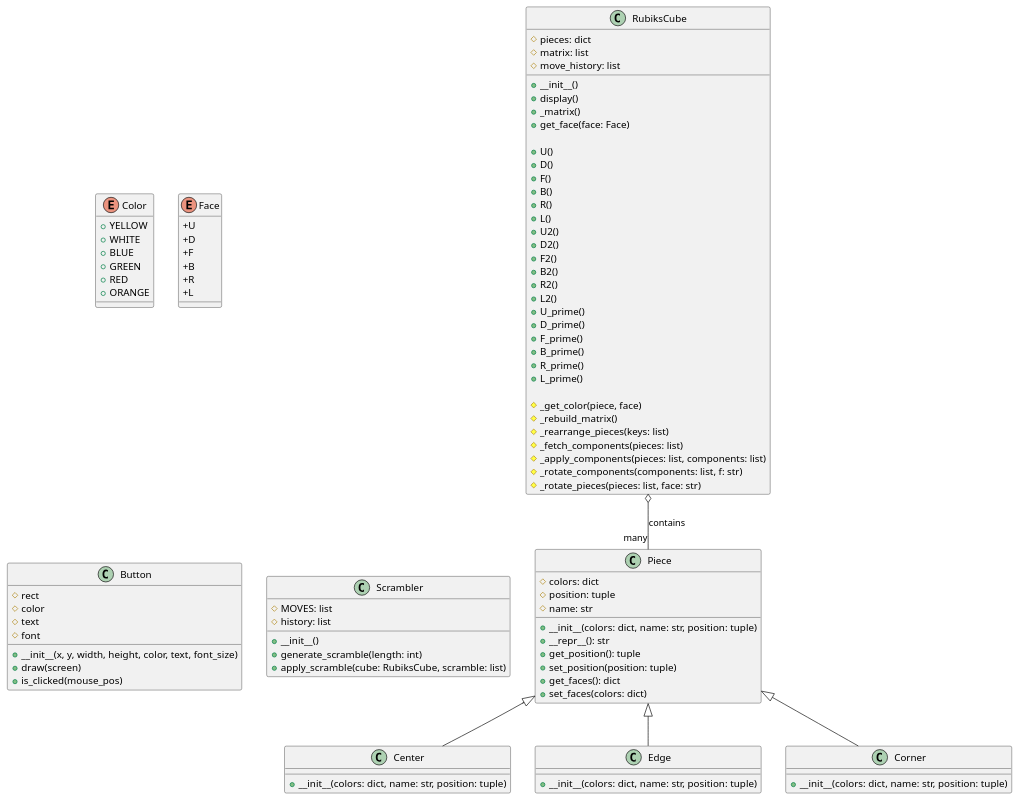
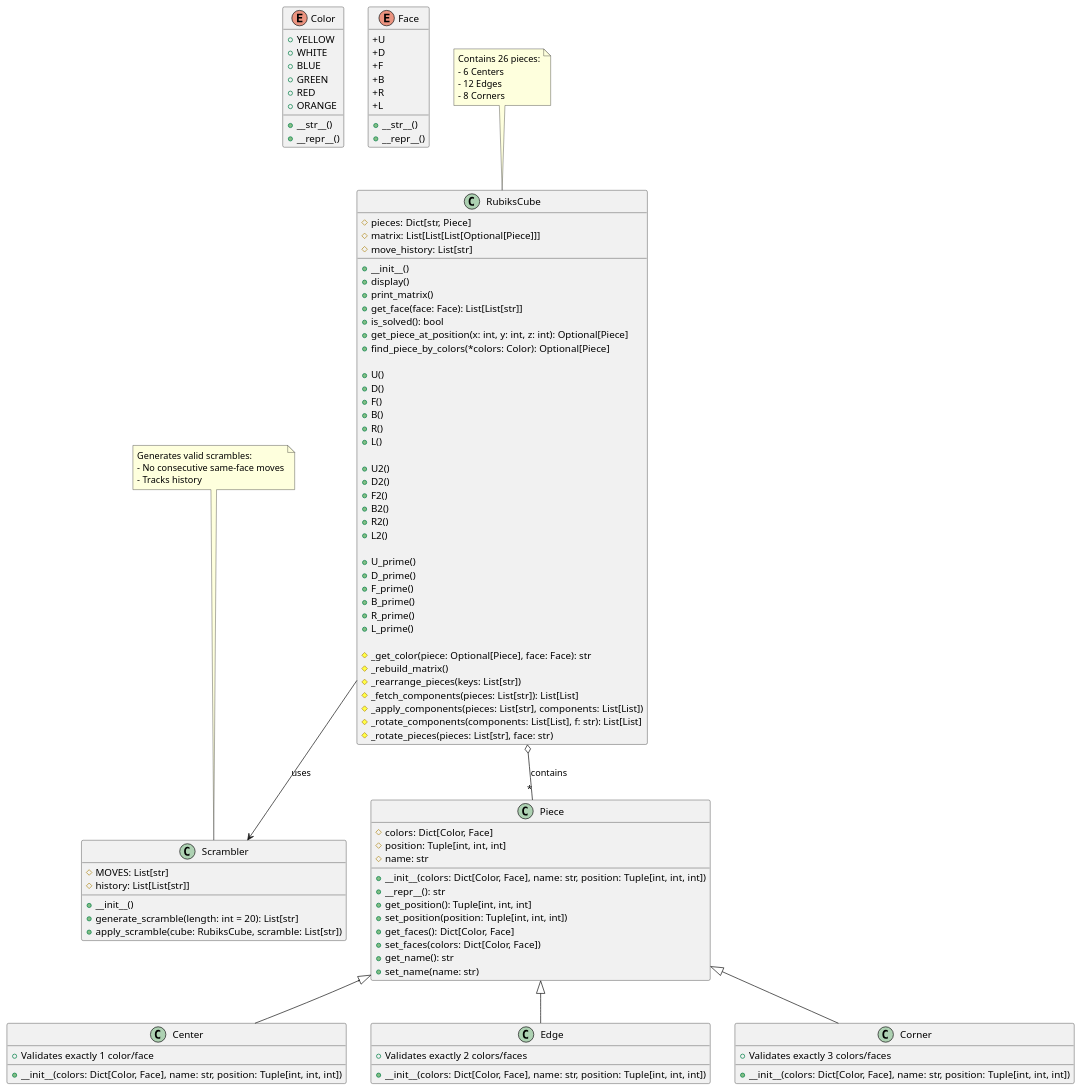
The diagram in uml/rubix_cube.puml (FuriousFire05/rubix-cube-solver), drawn with PlantUML before and after one commit. The commit also changed other lines of this file, not shown here.

Commit message:
Updated UML

```diff
--- a/uml/rubix_cube.puml
+++ b/uml/rubix_cube.puml
@@ -3,119 +1,139 @@
 @startuml rubix_cube
 
 ' Define Color Enum
 enum Color {
   +YELLOW
   +WHITE
   +BLUE
   +GREEN
   +RED
   +ORANGE
+  +__str__()
+  +__repr__()
 }
 
 ' Define Face Enum
 enum Face {
   +U
   +D
   +F
   +B
   +R
   +L
+  +__str__()
+  +__repr__()
 }
 
 ' Define Piece Class
 class Piece {
-  #colors: dict
-  #position: tuple
+  #colors: Dict[Color, Face]
+  #position: Tuple[int, int, int]
   #name: str
 
-  +__init__(colors: dict, name: str, position: tuple)
+  +__init__(colors: Dict[Color, Face], name: str, position: Tuple[int, int, int])
   +__repr__(): str
-  +get_position(): tuple
-  +set_position(position: tuple)
-  +get_faces(): dict
-  +set_faces(colors: dict) 
+  +get_position(): Tuple[int, int, int]
+  +set_position(position: Tuple[int, int, int])
+  +get_faces(): Dict[Color, Face]
+  +set_faces(colors: Dict[Color, Face])
+  +get_name(): str
+  +set_name(name: str)
 }
 
 ' Define Center Class (inherits from Piece)
 class Center {
-  +__init__(colors: dict, name: str, position: tuple)
+  +__init__(colors: Dict[Color, Face], name: str, position: Tuple[int, int, int])
+  +Validates exactly 1 color/face
 }
 
 ' Define Edge Class (inherits from Piece)
 class Edge {
-  +__init__(colors: dict, name: str, position: tuple)
+  +__init__(colors: Dict[Color, Face], name: str, position: Tuple[int, int, int])
+  +Validates exactly 2 colors/faces
 }
 
 ' Define Corner Class (inherits from Piece)
 class Corner {
-  +__init__(colors: dict, name: str, position: tuple)
+  +__init__(colors: Dict[Color, Face], name: str, position: Tuple[int, int, int])
+  +Validates exactly 3 colors/faces
 }
 
 ' Define Cube Class
 class RubiksCube {
-  #pieces: dict
-  #matrix: list
-  #move_history: list
+  #pieces: Dict[str, Piece]
+  #matrix: List[List[List[Optional[Piece]]]
+  #move_history: List[str]
 
   +__init__()
   +display()
-  +_matrix()
-  +get_face(face: Face)
+  +print_matrix()
+  +get_face(face: Face): List[List[str]]
+  +is_solved(): bool
+  +get_piece_at_position(x: int, y: int, z: int): Optional[Piece]
+  +find_piece_by_colors(*colors: Color): Optional[Piece]
   
+  ' Basic moves
   +U()
   +D()
   +F()
   +B()
   +R()
   +L()
+  
+  ' Double moves
   +U2()
   +D2()
   +F2()
   +B2()
   +R2()
   +L2()
+  
+  ' Prime moves
   +U_prime()
   +D_prime()
   +F_prime()
   +B_prime()
   +R_prime()
   +L_prime()
 
-  #_get_color(piece, face)
+  ' Protected methods
+  #_get_color(piece: Optional[Piece], face: Face): str
   #_rebuild_matrix()
-  #_rearrange_pieces(keys: list)
-  #_fetch_components(pieces: list)
-  #_apply_components(pieces: list, components: list)
-  #_rotate_components(components: list, f: str)
-  #_rotate_pieces(pieces: list, face: str)
-}
-
-' Define Button Class
-class Button {
-  #rect
-  #color
-  #text
-  #font
-
-  +__init__(x, y, width, height, color, text, font_size)
-  +draw(screen)
-  +is_clicked(mouse_pos)
+  #_rearrange_pieces(keys: List[str])
+  #_fetch_components(pieces: List[str]): List[List]
+  #_apply_components(pieces: List[str], components: List[List])
+  #_rotate_components(components: List[List], f: str): List[List]
+  #_rotate_pieces(pieces: List[str], face: str)
 }
 
 ' Define Scrambler Class
 class Scrambler {
-  #MOVES: list
-  #history: list
+  #MOVES: List[str]
+  #history: List[List[str]]
 
   +__init__()
-  +generate_scramble(length: int)
-  +apply_scramble(cube: RubiksCube, scramble: list)
+  +generate_scramble(length: int = 20): List[str]
+  +apply_scramble(cube: RubiksCube, scramble: List[str])
 }
 
 ' Define relationships between classes
 Piece <|-- Center
 Piece <|-- Edge
 Piece <|-- Corner
-RubiksCube o-- "many" Piece : contains
+RubiksCube o-- "*" Piece : contains
+RubiksCube --> Scrambler : uses
+
+note top of RubiksCube
+  Contains 26 pieces:
+  - 6 Centers
+  - 12 Edges
+  - 8 Corners
+end note
+
+note top of Scrambler
+  Generates valid scrambles:
+  - No consecutive same-face moves
+  - Tracks history
+end note
 
 @enduml
```
